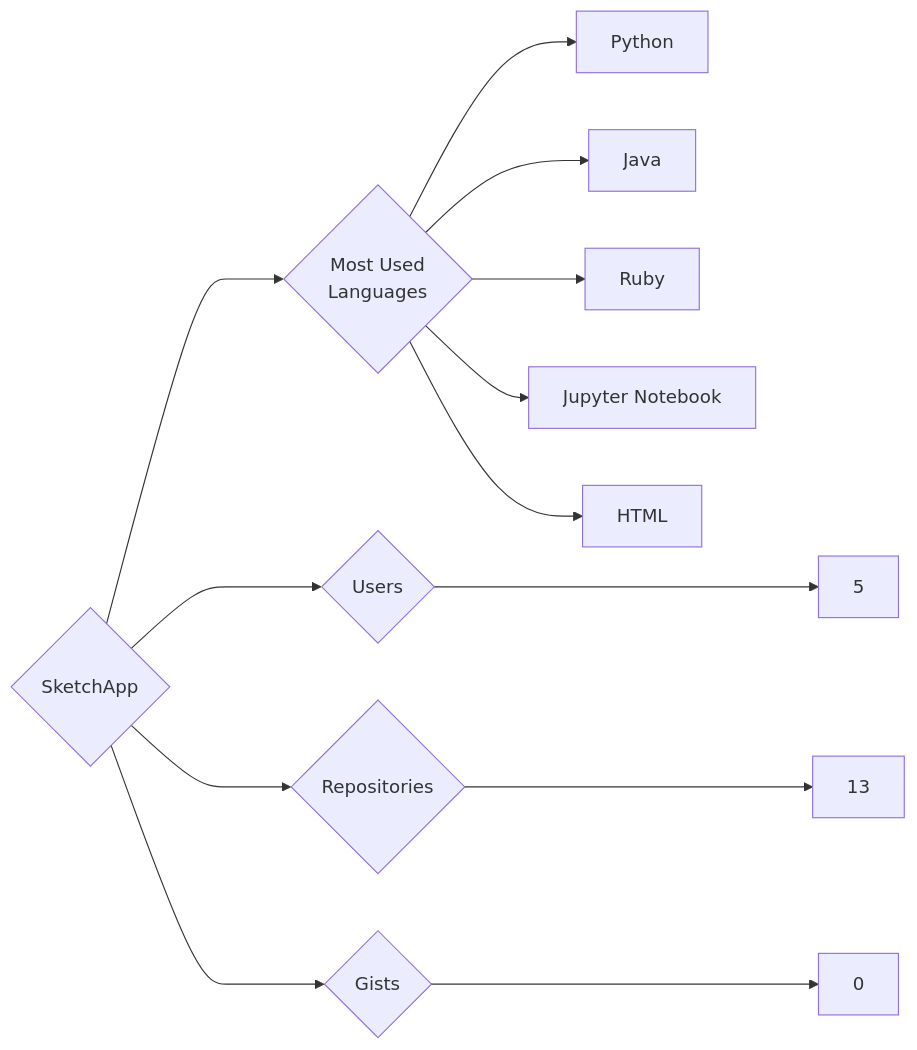
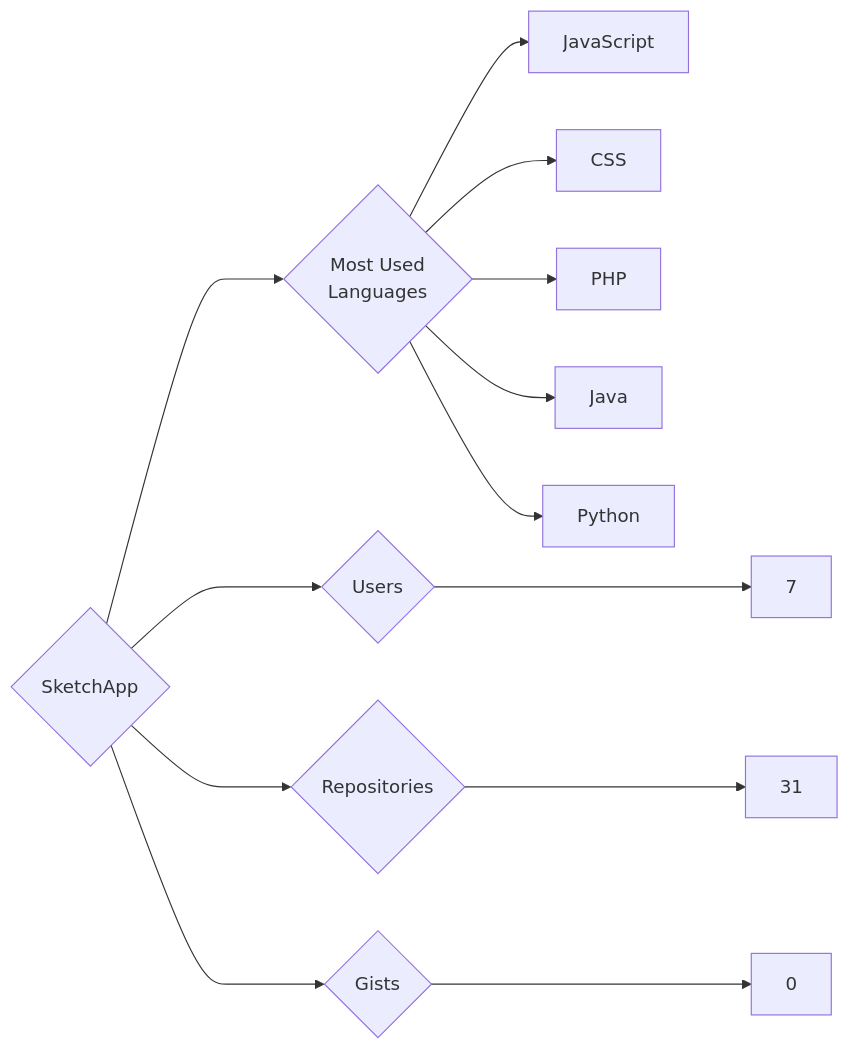
One commit to trickest/insiders changed the diagram in targets/SketchApp/README.md. Above: the diagram before and after it, drawn with Mermaid. The commit also changed 1248 other files, not shown here.

````diff
--- a/targets/SketchApp/README.md
+++ b/targets/SketchApp/README.md
@@ -3,13 +3,13 @@
 ```mermaid
 graph LR
 COMPANY_NAME{SketchApp}
-COMPANY_NAME ---> U{Users} ---> UN[5]
-COMPANY_NAME ---> R{Repositories} ---> RN[13]
+COMPANY_NAME ---> U{Users} ---> UN[7]
+COMPANY_NAME ---> R{Repositories} ---> RN[31]
 COMPANY_NAME ---> G{Gists} ---> GN[0]
 COMPANY_NAME ---> ML{Most Used<br>Languages}
+ML --> JavaScript[JavaScript]
+ML --> CSS[CSS]
+ML --> PHP[PHP]
+ML --> Java[Java]
 ML --> Python[Python]
-ML --> Java[Java]
-ML --> Ruby[Ruby]
-ML --> Jupyter_Notebook[Jupyter Notebook]
-ML --> HTML[HTML]
 ```
````
